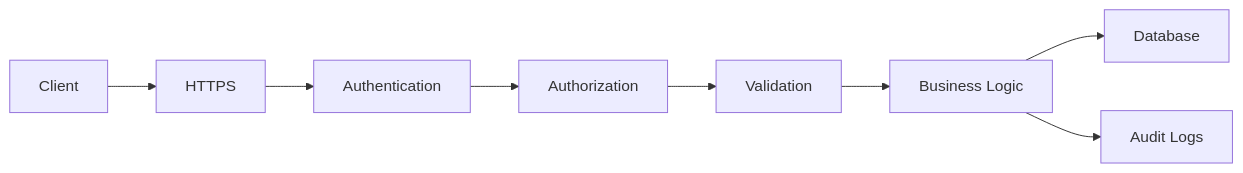
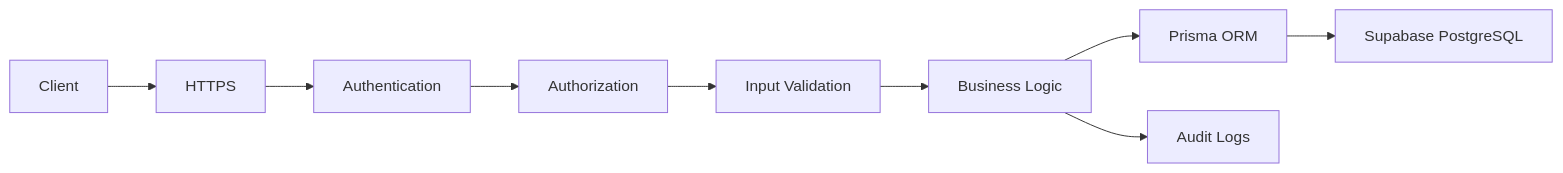
Before and after one commit to Hitakshu-Goswami/CreditMiners: the seventh of 9 diagrams in README.md, drawn with Mermaid. The commit also changed other lines of this file, not shown here.

````diff
--- a/README.md
+++ b/README.md
@@ -2372,20 +3657,22 @@
 ```mermaid
 flowchart LR
 
 A[Client]
 B[HTTPS]
 C[Authentication]
 D[Authorization]
-E[Validation]
+E[Input Validation]
 F[Business Logic]
-G[Database]
-H[Audit Logs]
+G[Prisma ORM]
+H[Supabase PostgreSQL]
+I[Audit Logs]
 
 A --> B
 B --> C
 C --> D
 D --> E
 E --> F
 F --> G
-F --> H
+G --> H
+F --> I
 ```
````
